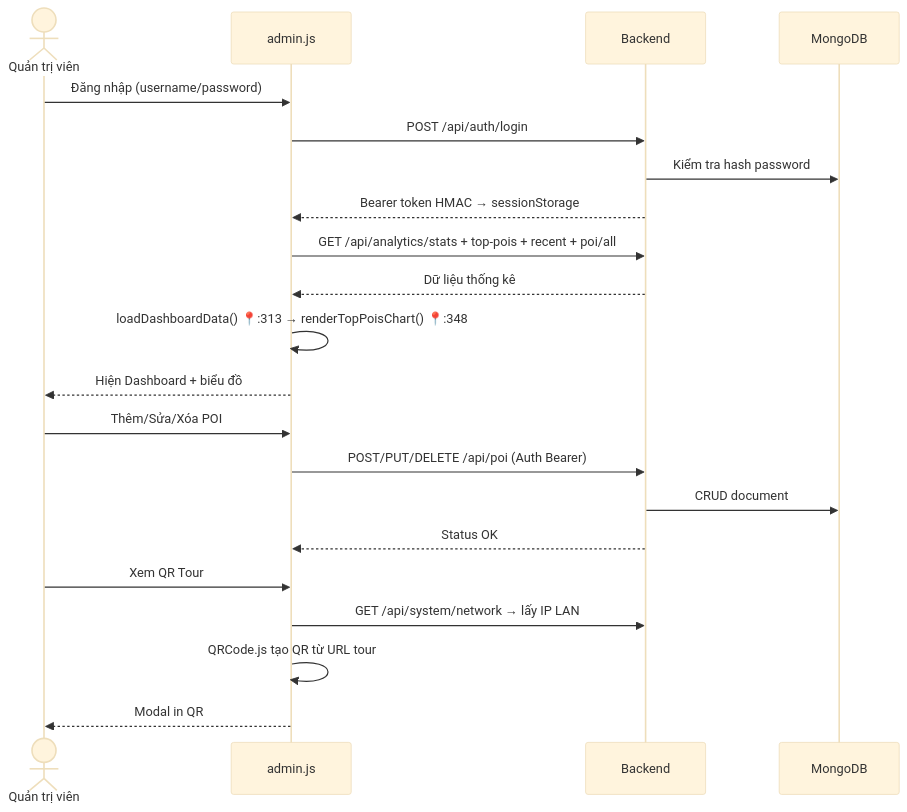
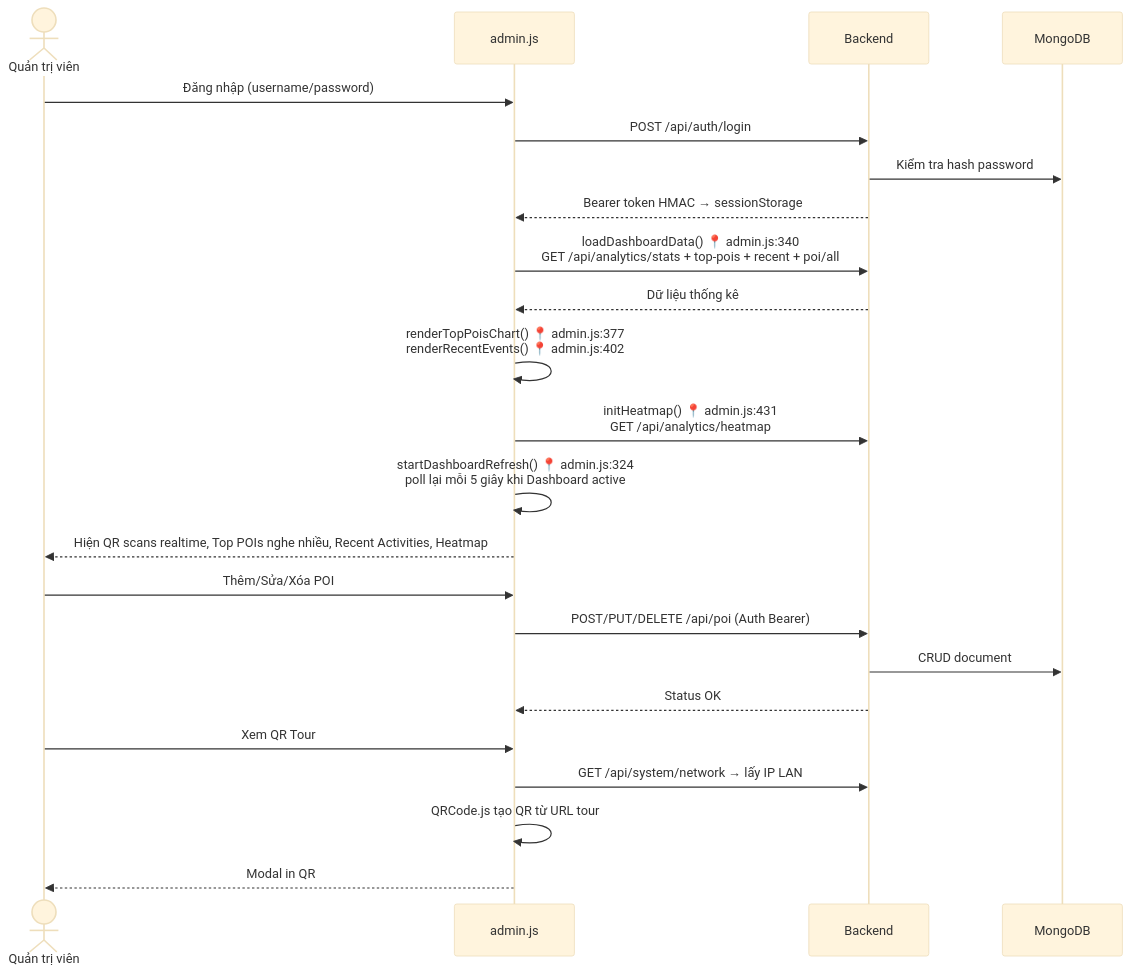
The fifth of 7 diagrams in PRD_VinhKhanh_Final2.md (Hzyl/CShape), drawn with Mermaid (base theme) before and after one commit. The commit also changed other lines of this file and 27 other files, not shown here.

````diff
--- a/PRD_VinhKhanh_Final2.md
+++ b/PRD_VinhKhanh_Final2.md
@@ -285,27 +286,29 @@
 ```mermaid
 sequenceDiagram
     actor Admin as Quản trị viên
     participant Web as admin.js
     participant API as Backend
     participant DB as MongoDB
 
     Admin->>Web: Đăng nhập (username/password)
     Web->>API: POST /api/auth/login
     API->>DB: Kiểm tra hash password
     API-->>Web: Bearer token HMAC → sessionStorage
 
-    Web->>API: GET /api/analytics/stats + top-pois + recent + poi/all
+    Web->>API: loadDashboardData() 📍 admin.js:340<br/>GET /api/analytics/stats + top-pois + recent + poi/all
     API-->>Web: Dữ liệu thống kê
-    Web->>Web: loadDashboardData() 📍:313 → renderTopPoisChart() 📍:348
-    Web-->>Admin: Hiện Dashboard + biểu đồ
+    Web->>Web: renderTopPoisChart() 📍 admin.js:377<br/>renderRecentEvents() 📍 admin.js:402
+    Web->>API: initHeatmap() 📍 admin.js:431<br/>GET /api/analytics/heatmap
+    Web->>Web: startDashboardRefresh() 📍 admin.js:324<br/>poll lại mỗi 5 giây khi Dashboard active
+    Web-->>Admin: Hiện QR scans realtime, Top POIs nghe nhiều, Recent Activities, Heatmap
 
     Admin->>Web: Thêm/Sửa/Xóa POI
     Web->>API: POST/PUT/DELETE /api/poi (Auth Bearer)
     API->>DB: CRUD document
     API-->>Web: Status OK
 
     Admin->>Web: Xem QR Tour
     Web->>API: GET /api/system/network → lấy IP LAN
     Web->>Web: QRCode.js tạo QR từ URL tour
     Web-->>Admin: Modal in QR
 ```
````
